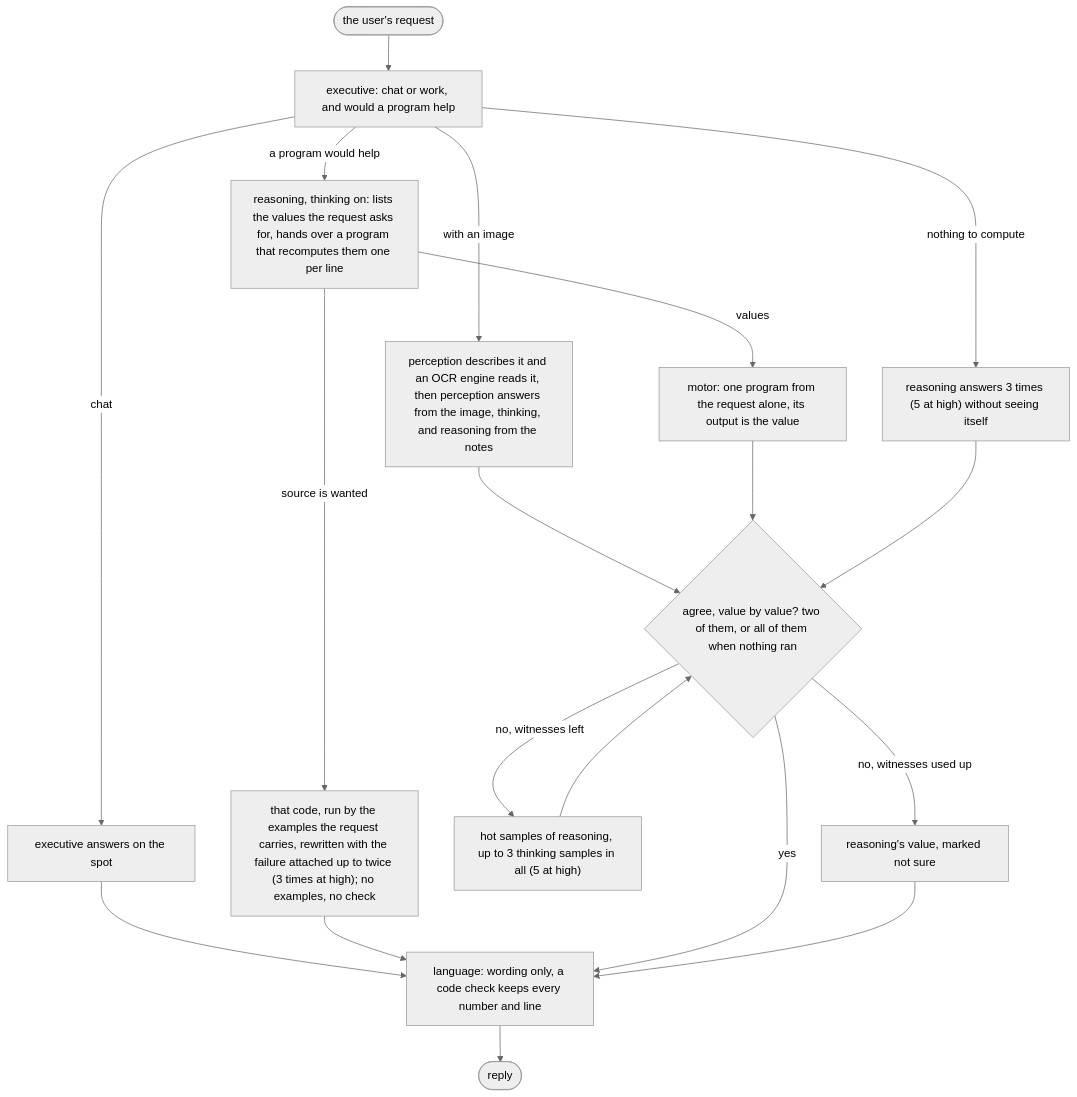
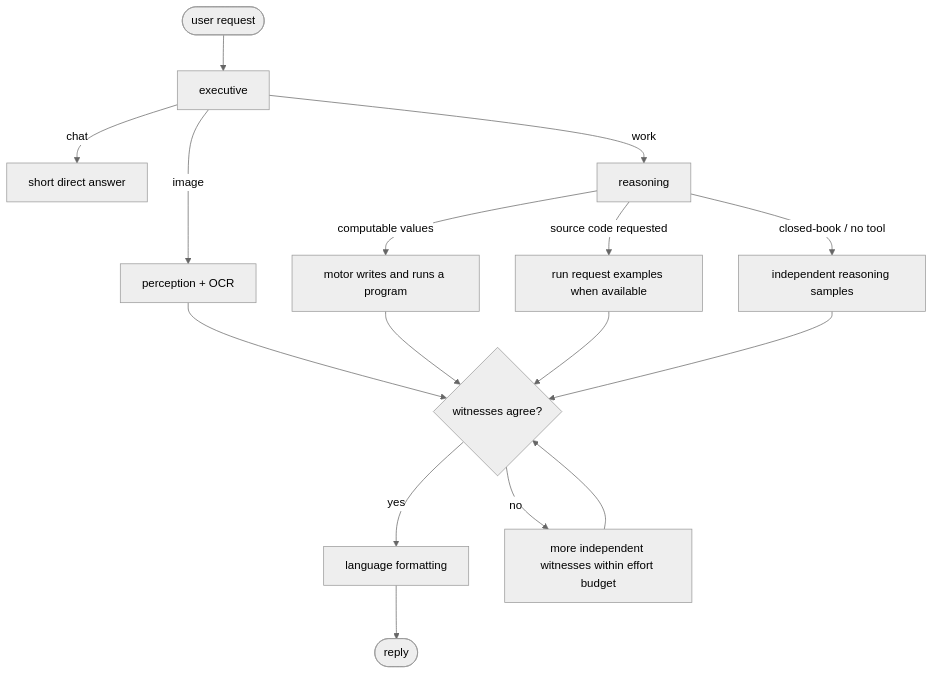
One commit to VecSzn/lobes changed the second of 2 diagrams in README.md. Above: the diagram before and after it, drawn with Mermaid (neutral theme). The commit also changed other lines of this file, not shown here.

````diff
--- a/README.md
+++ b/README.md
@@ -111,13 +81,21 @@
 ```mermaid
 flowchart TD
-  G(["the user's request"]) --> E["executive: chat or work, and would a program help"]
-  E -->|chat| F["executive answers on the spot"] --> L
-  E -->|with an image| P["perception describes it and an OCR engine reads it, then perception answers from the image, thinking, and reasoning from the notes"] --> A
-  E -->|a program would help| R["reasoning, thinking on: lists the values the request asks for, hands over a program that recomputes them one per line"]
-  R -->|source is wanted| C["that code, run by the examples the request carries, rewritten with the failure attached up to twice (3 times at high); no examples, no check"] --> L
-  R -->|values| M["motor: one program from the request alone, its output is the value"] --> A{"agree, value by value? two of them, or all of them when nothing ran"}
-  E -->|nothing to compute| Q["reasoning answers 3 times (5 at high) without seeing itself"] --> A
-  A -->|no, witnesses left| V["hot samples of reasoning, up to 3 thinking samples in all (5 at high)"] --> A
-  A -->|yes| L["language: wording only, a code check keeps every number and line"] --> ANS(["reply"])
-  A -->|no, witnesses used up| H["reasoning's value, marked not sure"] --> L
+  U([user request]) --> E[executive]
+  E -->|chat| C[short direct answer]
+  E -->|image| P[perception + OCR]
+  E -->|work| R[reasoning]
+
+  R -->|computable values| M[motor writes and runs a program]
+  R -->|source code requested| T[run request examples when available]
+  R -->|closed-book / no tool| S[independent reasoning samples]
+
+  P --> A{witnesses agree?}
+  M --> A
+  T --> A
+  S --> A
+
+  A -->|yes| L[language formatting]
+  A -->|no| H[more independent witnesses within effort budget]
+  H --> A
+  L --> O([reply])
 ```
````
